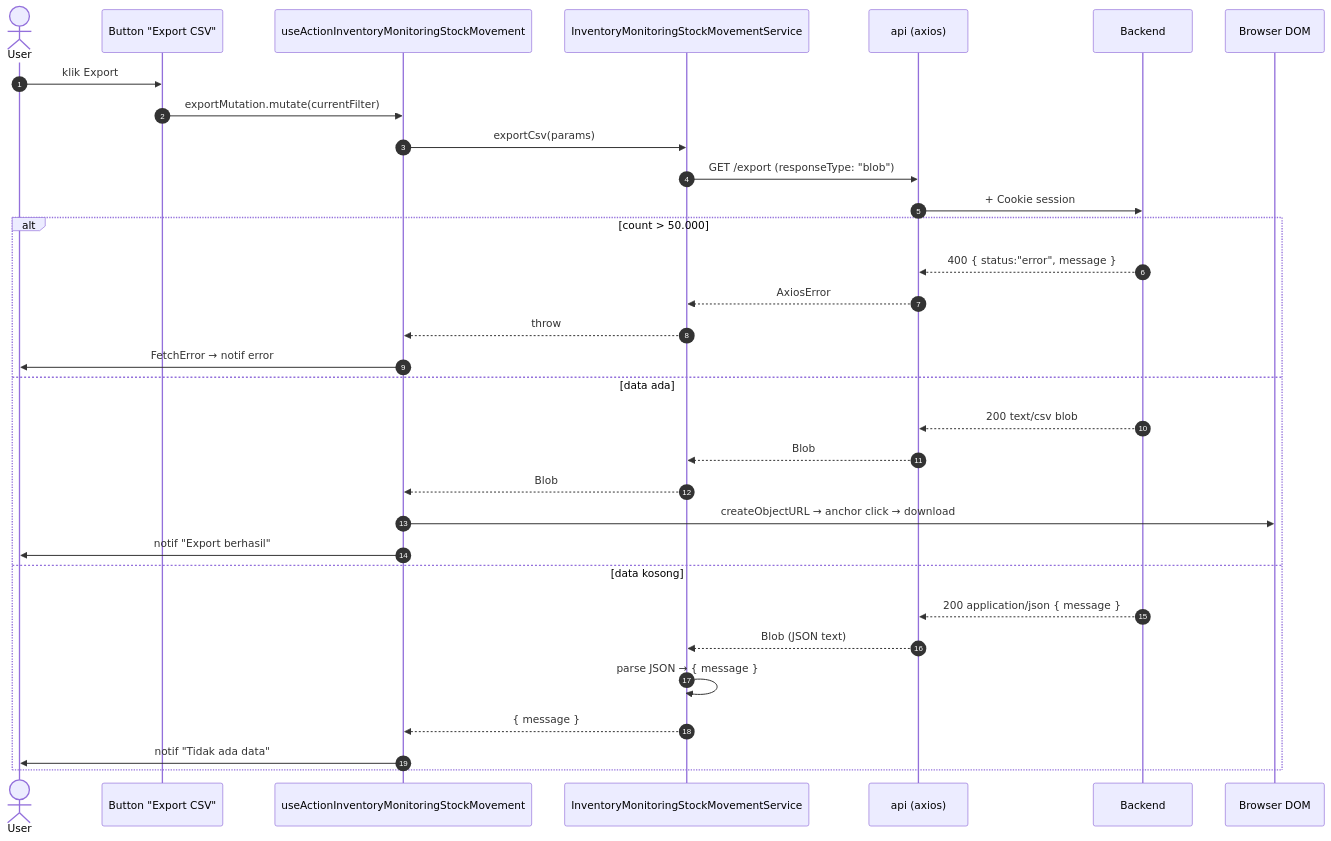
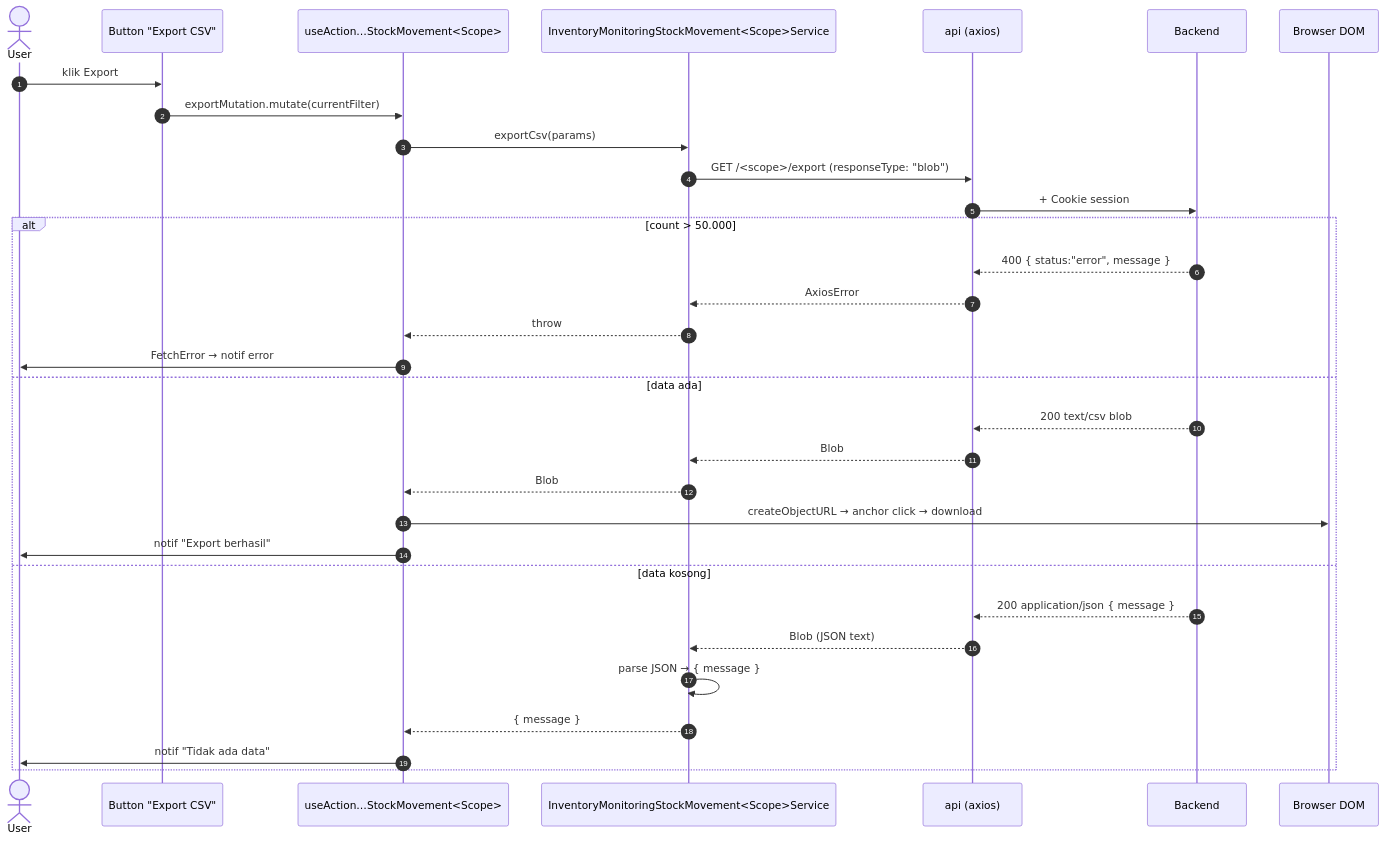
The second of 2 diagrams in docs/modules/inventory/monitoring/stock-movement/frontend-integration.md (mikaeladityan/mandalika-api-v2), drawn with Mermaid before and after one commit. The commit also changed other lines of this file and 35 other files, not shown here.

First line of the commit message:
feat(inventory): add stock movement management for raw materials

````diff
--- a/docs/modules/inventory/monitoring/stock-movement/frontend-integration.md
+++ b/docs/modules/inventory/monitoring/stock-movement/frontend-integration.md
@@ -411,35 +721,35 @@
 ```mermaid
 sequenceDiagram
     autonumber
     actor U as User
     participant B as Button "Export CSV"
-    participant A as useActionInventoryMonitoringStockMovement
-    participant S as InventoryMonitoringStockMovementService
+    participant A as useAction…StockMovement<Scope>
+    participant S as InventoryMonitoringStockMovement<Scope>Service
     participant API as api (axios)
     participant BE as Backend
     participant DOM as Browser DOM
 
     U->>B: klik Export
     B->>A: exportMutation.mutate(currentFilter)
     A->>S: exportCsv(params)
-    S->>API: GET /export (responseType: "blob")
+    S->>API: GET /<scope>/export (responseType: "blob")
     API->>BE: + Cookie session
     alt count > 50.000
         BE-->>API: 400 { status:"error", message }
         API-->>S: AxiosError
         S-->>A: throw
         A->>U: FetchError → notif error
     else data ada
         BE-->>API: 200 text/csv blob
         API-->>S: Blob
         S-->>A: Blob
         A->>DOM: createObjectURL → anchor click → download
         A->>U: notif "Export berhasil"
     else data kosong
         BE-->>API: 200 application/json { message }
         API-->>S: Blob (JSON text)
         S->>S: parse JSON → { message }
         S-->>A: { message }
         A->>U: notif "Tidak ada data"
     end
 ```
````
